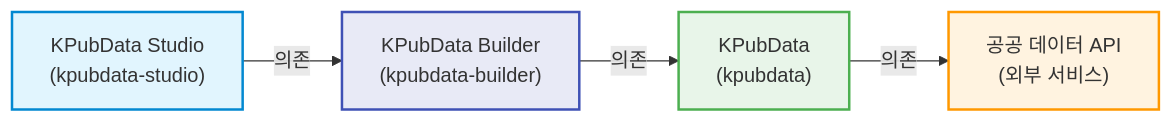
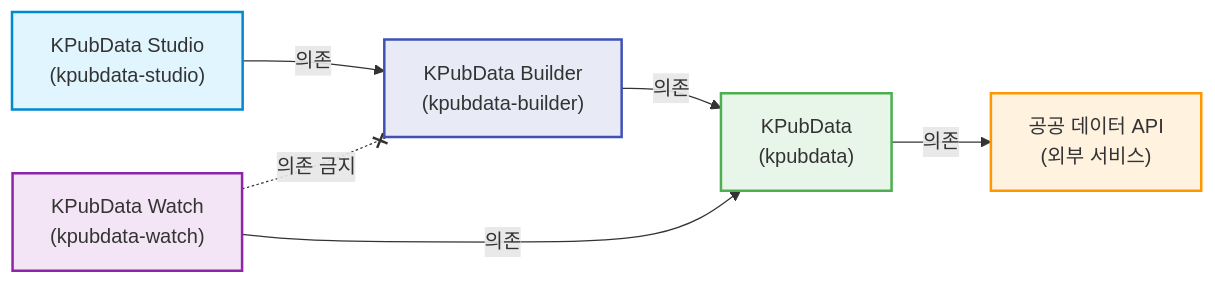
One commit to kpubdata-lab/kpubdata changed the fourth of 4 diagrams in docs/product-family-architecture.md. Above: the diagram before and after it, drawn with Mermaid. The commit also changed other lines of this file and 5 other files, not shown here.

First line of the commit message:
docs: add KPubData Watch to the product family documents (#706)

````diff
--- a/docs/product-family-architecture.md
+++ b/docs/product-family-architecture.md
@@ -152,11 +188,14 @@
 ```mermaid
 graph LR
     Studio["KPubData Studio<br/>(kpubdata-studio)"] -->|"의존"| Builder["KPubData Builder<br/>(kpubdata-builder)"]
     Builder -->|"의존"| KPubData["KPubData<br/>(kpubdata)"]
+    Watch["KPubData Watch<br/>(kpubdata-watch)"] -->|"의존"| KPubData
+    Watch -.-x|"의존 금지"| Builder
     KPubData -->|"의존"| ExtAPI["공공 데이터 API<br/>(외부 서비스)"]
 
     style Studio fill:#e1f5fe,stroke:#0288d1,stroke-width:2px
     style Builder fill:#e8eaf6,stroke:#3f51b5,stroke-width:2px
     style KPubData fill:#e8f5e9,stroke:#4caf50,stroke-width:2px
+    style Watch fill:#f3e5f5,stroke:#8e24aa,stroke-width:2px
     style ExtAPI fill:#fff3e0,stroke:#ff9800,stroke-width:2px
 ```
````
